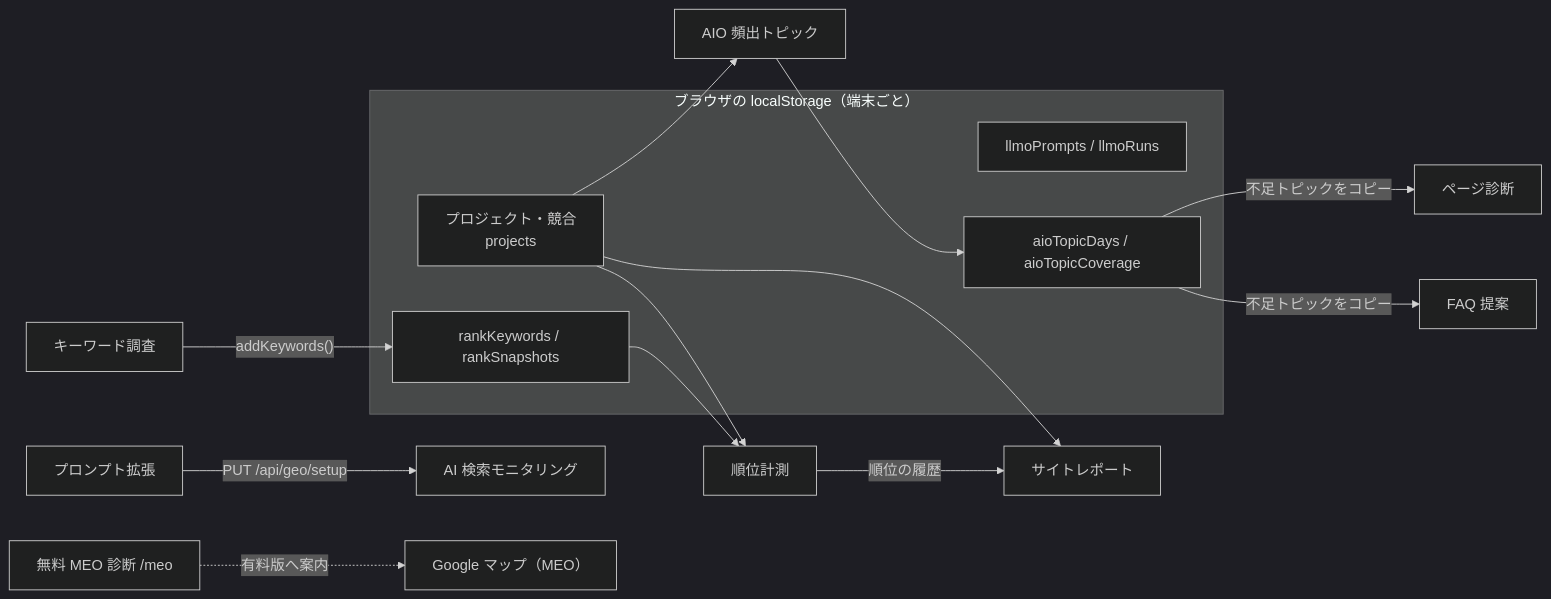
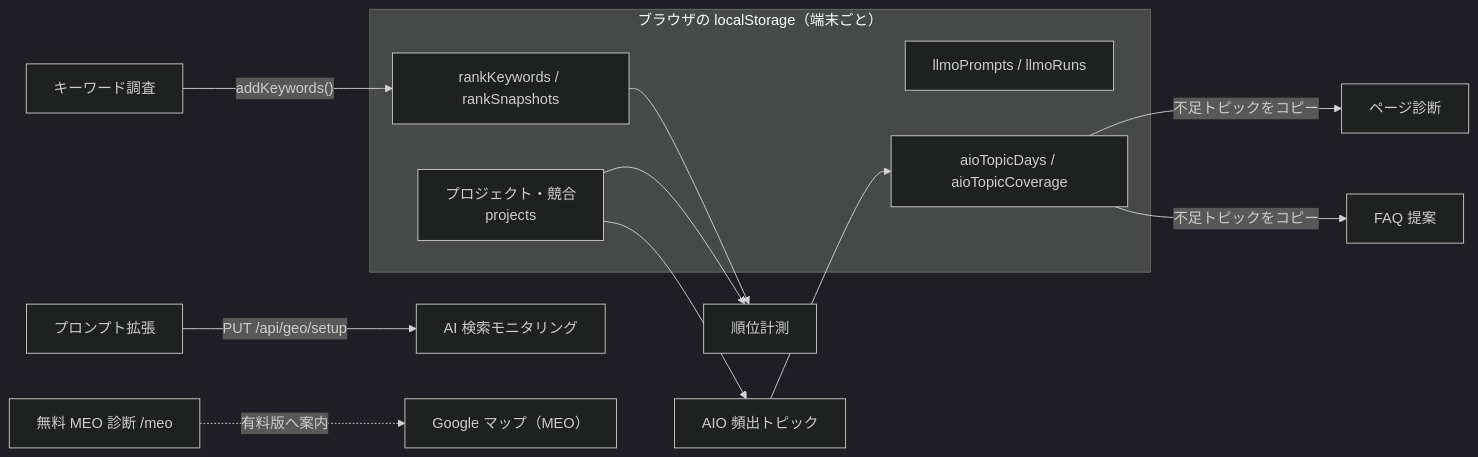
The third of 4 diagrams in docs/dev/tool-map.md (matsu609/seo-checker), drawn with Mermaid (dark theme) before and after one commit. The commit also changed other lines of this file and 12 other files, not shown here.

````diff
--- a/docs/dev/tool-map.md
+++ b/docs/dev/tool-map.md
@@ -171,20 +178,18 @@
 ```mermaid
 flowchart LR
   subgraph browser["ブラウザの localStorage（端末ごと）"]
     PRJ["プロジェクト・競合<br/>projects"]
     KW["rankKeywords / rankSnapshots"]
     PR["llmoPrompts / llmoRuns"]
     TP["aioTopicDays / aioTopicCoverage"]
   end
   KWT["キーワード調査"] -->|"addKeywords()"| KW
   KW --> RANK["順位計測"]
-  RANK -->|"順位の履歴"| SR["サイトレポート"]
   PEX["プロンプト拡張"] -->|"PUT /api/geo/setup"| GEO["AI 検索モニタリング"]
   AIO["AIO 頻出トピック"] --> TP
   TP -->|"不足トピックをコピー"| PD["ページ診断"]
   TP -->|"不足トピックをコピー"| FAQT["FAQ 提案"]
   PRJ --> RANK
-  PRJ --> SR
   PRJ --> AIO
   FREEMEO["無料 MEO 診断 /meo"] -.->|"有料版へ案内"| MAPS["Google マップ（MEO）"]
 ```
````
